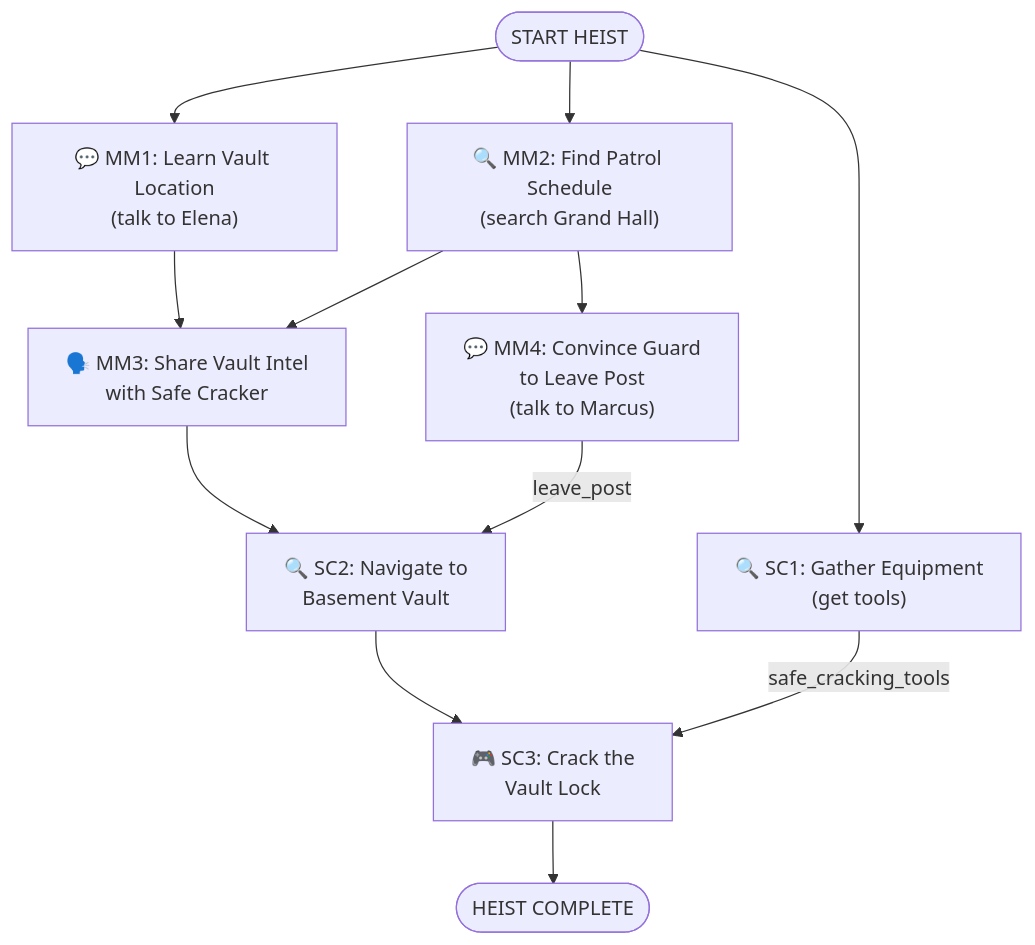
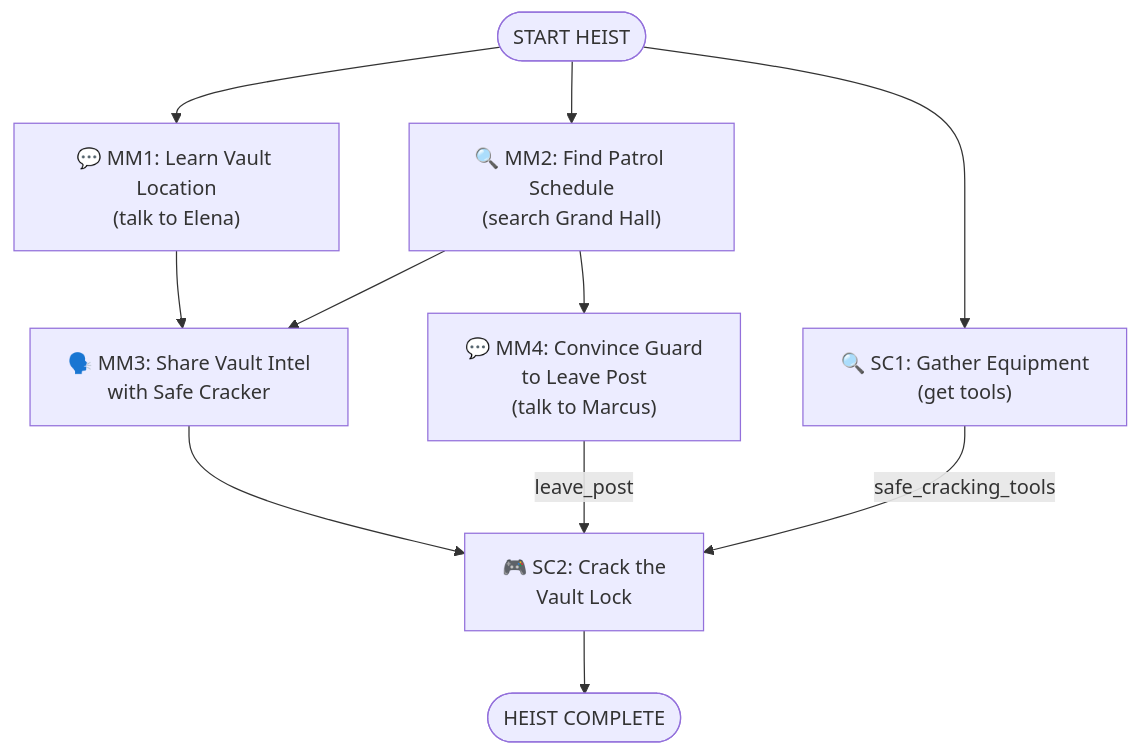
One commit to barrand/TheHeist changed the diagram in backend/experiences/generated_museum_gala_vault_2players.md. Above: the diagram before and after it, drawn with Mermaid. The commit also changed other lines of this file and 21 other files, not shown here.

````diff
--- a/backend/experiences/generated_museum_gala_vault_2players.md
+++ b/backend/experiences/generated_museum_gala_vault_2players.md
@@ -187,20 +184,18 @@
 ```mermaid
 flowchart TD
     START([START HEIST])
 
     START --> MM1["💬 MM1: Learn Vault Location\n(talk to Elena)"]
     START --> MM2["🔍 MM2: Find Patrol Schedule\n(search Grand Hall)"]
     START --> SC1["🔍 SC1: Gather Equipment\n(get tools)"]
 
     MM1 --> MM3["🗣️ MM3: Share Vault Intel\nwith Safe Cracker"]
     MM2 --> MM3
     MM2 --> MM4["💬 MM4: Convince Guard\nto Leave Post\n(talk to Marcus)"]
 
-    MM3 --> SC2["🔍 SC2: Navigate to\nBasement Vault"]
+    MM3 --> SC2["🎮 SC2: Crack the\nVault Lock"]
     MM4 -->|"leave_post"| SC2
+    SC1 -->|"safe_cracking_tools"| SC2
 
-    SC2 --> SC3["🎮 SC3: Crack the\nVault Lock"]
-    SC1 -->|"safe_cracking_tools"| SC3
-
-    SC3 --> COMPLETE([HEIST COMPLETE])
+    SC2 --> COMPLETE([HEIST COMPLETE])
 ```
````
